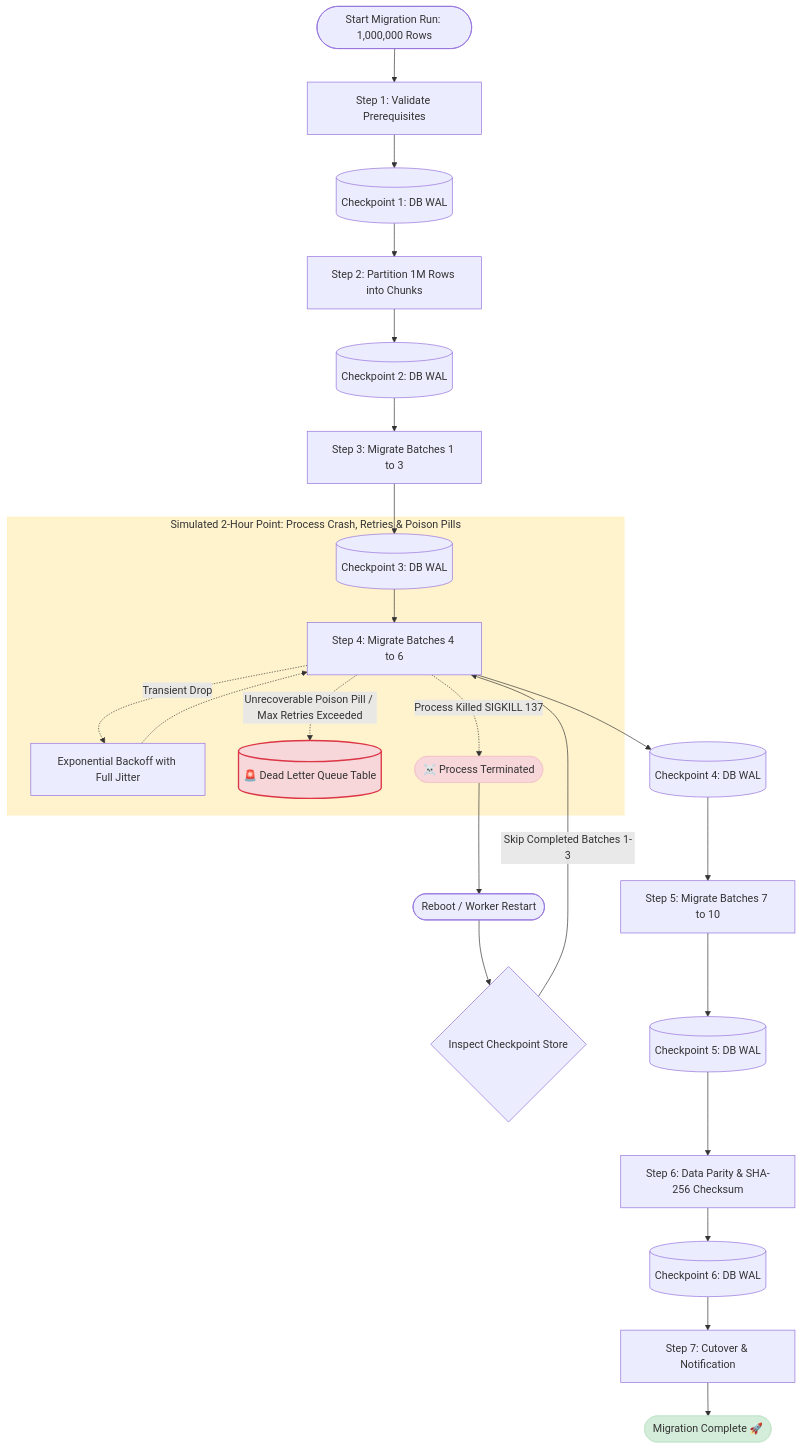
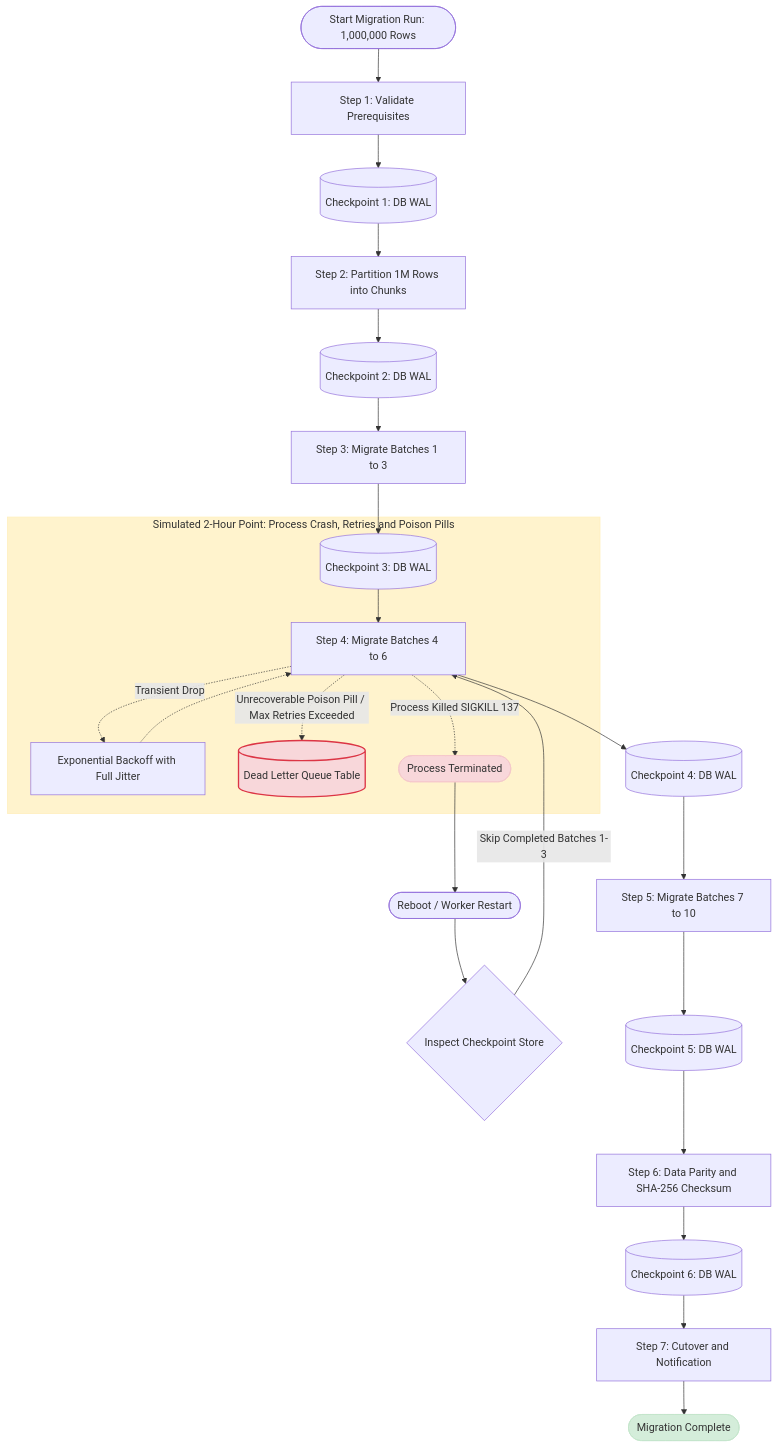
One commit to Kundanikapradhan/durable-state-machine changed the diagram in README.md. Above: the diagram before and after it, drawn with Mermaid. The commit also changed other lines of this file and 2 other files, not shown here.

````diff
--- a/README.md
+++ b/README.md
@@ -18,34 +18,34 @@
 ```mermaid
 flowchart TD
     Start([Start Migration Run: 1,000,000 Rows]) --> Step1[Step 1: Validate Prerequisites]
     Step1 --> CP1[(Checkpoint 1: DB WAL)]
     CP1 --> Step2[Step 2: Partition 1M Rows into Chunks]
     Step2 --> CP2[(Checkpoint 2: DB WAL)]
     CP2 --> Step3[Step 3: Migrate Batches 1 to 3]
     Step3 --> CP3[(Checkpoint 3: DB WAL)]
     
-    subgraph DangerZone [Simulated 2-Hour Point: Process Crash, Retries & Poison Pills]
+    subgraph DangerZone [Simulated 2-Hour Point: Process Crash, Retries and Poison Pills]
         CP3 --> Step4[Step 4: Migrate Batches 4 to 6]
         Step4 -.->|Transient Drop| Backoff[Exponential Backoff with Full Jitter]
         Backoff -.-> Step4
-        Step4 -.->|Unrecoverable Poison Pill / Max Retries Exceeded| DLQ[(🚨 Dead Letter Queue Table)]
-        Step4 -.->|Process Killed SIGKILL 137| Crash([☠️ Process Terminated])
+        Step4 -.->|Unrecoverable Poison Pill / Max Retries Exceeded| DLQ[(Dead Letter Queue Table)]
+        Step4 -.->|Process Killed SIGKILL 137| Crash([Process Terminated])
     end
 
     Crash --> Reboot([Reboot / Worker Restart])
     Reboot --> Inspect{Inspect Checkpoint Store}
     Inspect -->|Skip Completed Batches 1-3| Step4
     
     Step4 --> CP4[(Checkpoint 4: DB WAL)]
     CP4 --> Step5[Step 5: Migrate Batches 7 to 10]
     Step5 --> CP5[(Checkpoint 5: DB WAL)]
-    CP5 --> Step6[Step 6: Data Parity & SHA-256 Checksum]
+    CP5 --> Step6[Step 6: Data Parity and SHA-256 Checksum]
     Step6 --> CP6[(Checkpoint 6: DB WAL)]
-    CP6 --> Step7[Step 7: Cutover & Notification]
-    Step7 --> Done([Migration Complete 🚀])
+    CP6 --> Step7[Step 7: Cutover and Notification]
+    Step7 --> Done([Migration Complete])
 
     style DangerZone fill:#fff3cd,stroke:#ffeeba
     style Crash fill:#f8d7da,stroke:#f5c6cb
     style DLQ fill:#f8d7da,stroke:#dc3545,stroke-width:2px
     style Done fill:#d4edda,stroke:#c3e6cb
 ```
````
